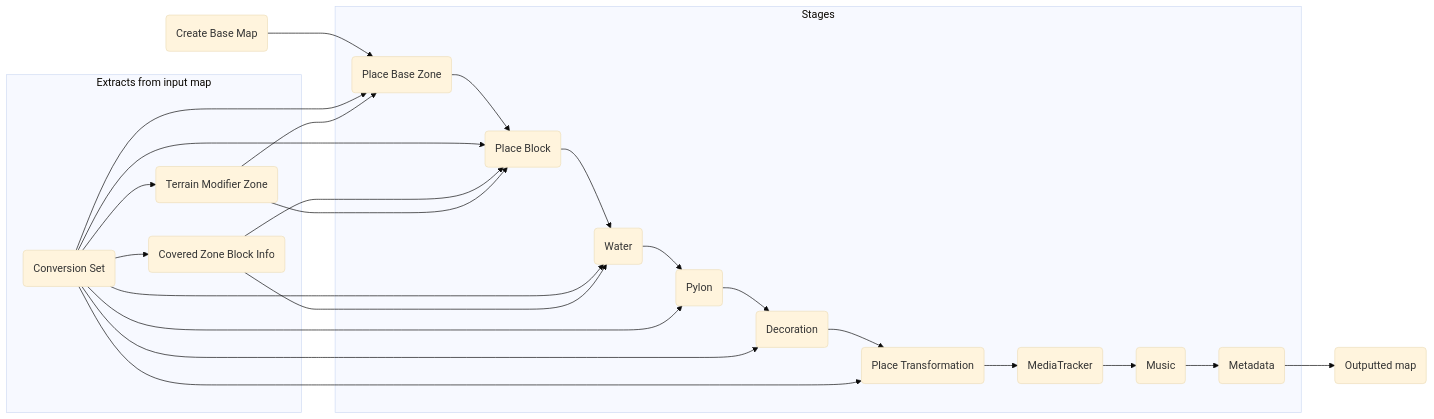
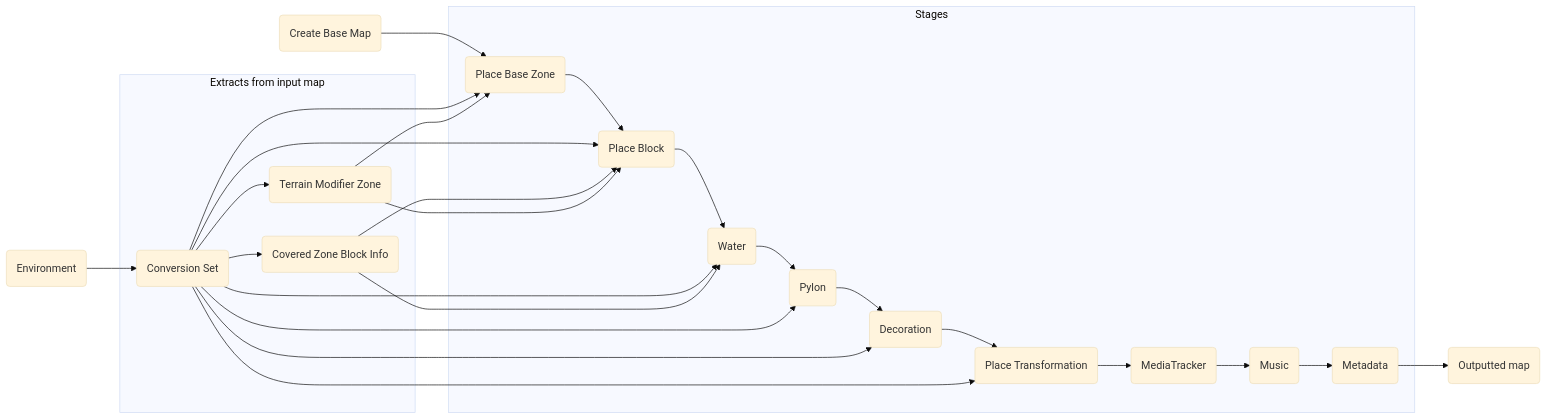
Before and after one commit to BigBang1112/nations-converter: the diagram in README.md, drawn with Mermaid (base theme).

Commit message:
Add environment

````diff
--- a/README.md
+++ b/README.md
@@ -7,47 +7,48 @@
 ```mermaid
 graph LR
     X(Create Base Map)
+    Z(Environment) --> ExA
     ExA(Conversion Set)
     ExA --> ExB(Covered Zone Block Info)
     ExA --> ExC(Terrain Modifier Zone)
     X --> A(Place Base Zone)
     A --> B(Place Block)
     B --> C(Water)
     C --> D(Pylon)
     D --> E(Decoration)
     E --> F(Place Transformation)
     F --> G(MediaTracker)
     G --> H(Music)
     H --> I(Metadata)
     I --> Y(Outputted map)
 
     ExA --> A
     ExA --> B
     ExA --> C
     ExA --> D
     ExA --> E
     ExA --> F
 
     ExB --> B
     ExB --> C
     ExC --> A
     ExC --> B
     
     subgraph Extracts from input map
         ExA
         ExB
         ExC
     end
 
     subgraph Stages
         A
         B
         C
         D
         E
         F
         G
         H
         I
     end
 ```
````
